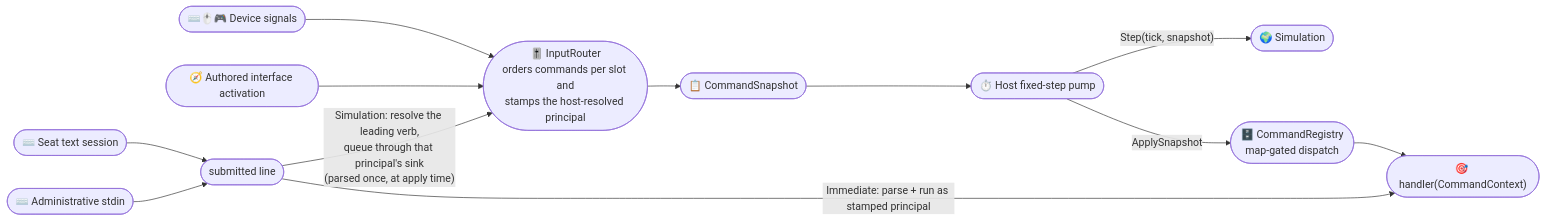
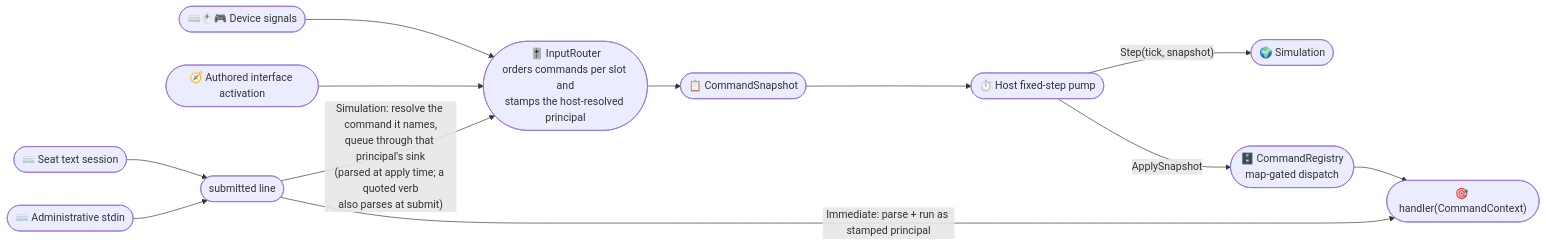
The first of 2 diagrams in src/Puck.Commands/README.md (ByteTerrace/Puck), drawn with Mermaid before and after one commit. The commit also changed other lines of this file, not shown here.

````diff
--- a/src/Puck.Commands/README.md
+++ b/src/Puck.Commands/README.md
@@ -55,14 +96,14 @@
 ```mermaid
 graph LR
     Signals(["⌨️🖱️🎮 Device signals"]) --> Router
     Presentation(["🧭 Authored interface activation"]) --> Router
     Console(["⌨️ Administrative stdin"]) --> Submit
     SeatText(["⌨️ Seat text session"]) --> Submit
     Submit(["submitted line"]) -->|"Immediate: parse + run as stamped principal"| Handler
-    Submit -->|"Simulation: resolve the leading verb,<br/>queue through that principal's sink<br/>(parsed once, at apply time)"| Router
+    Submit -->|"Simulation: resolve the command it names,<br/>queue through that principal's sink<br/>(parsed at apply time; a quoted verb<br/>also parses at submit)"| Router
     Router(["🎚️ InputRouter<br/>orders commands per slot and<br/>stamps the host-resolved principal"]) --> Snapshot(["📋 CommandSnapshot"])
     Snapshot --> Pump(["⏱️ Host fixed-step pump"])
     Pump -->|"ApplySnapshot"| Apply(["🗄️ CommandRegistry<br/>map-gated dispatch"])
     Apply --> Handler(["🎯 handler(CommandContext)"])
     Pump -->|"Step(tick, snapshot)"| Simulation(["🌍 Simulation"])
 ```
````
